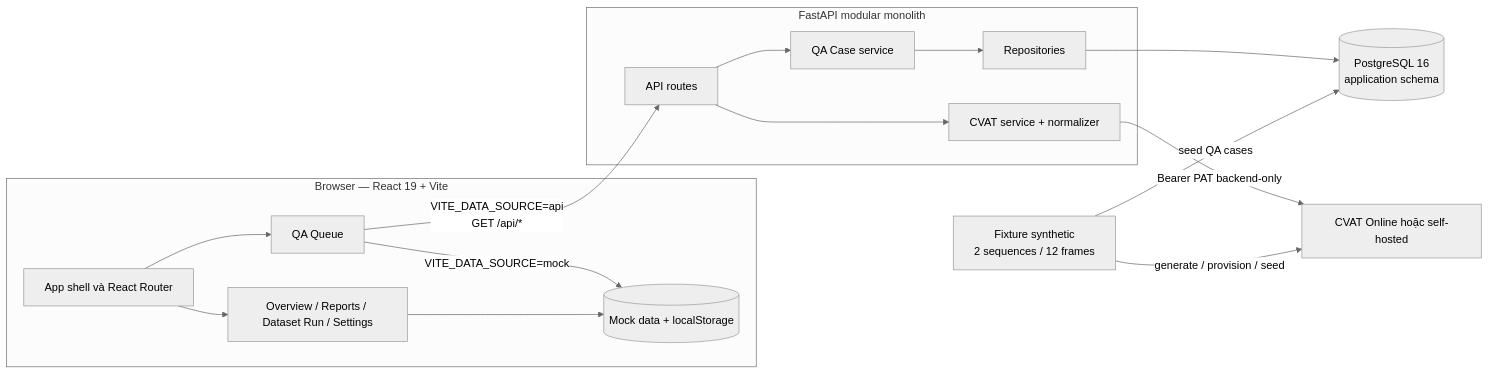
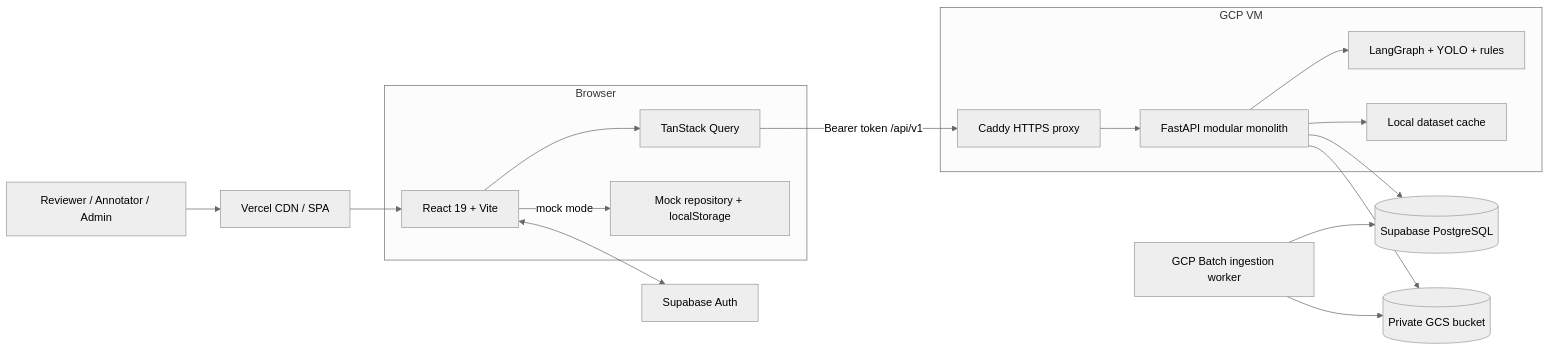
Before and after one commit to DuyKhanh29104/ProjectAI-VinUni: the first of 4 diagrams in ARCHITECTURE.md, drawn with Mermaid (neutral theme). The commit also changed other lines of this file and 282 other files, not shown here.

````diff
--- a/ARCHITECTURE.md
+++ b/ARCHITECTURE.md
@@ -37,33 +35,36 @@
 ```mermaid
 flowchart LR
-    subgraph Browser[Browser — React 19 + Vite]
-        SHELL[App shell và React Router]
-        QUEUE[QA Queue]
-        VIEWS[Overview / Reports / Dataset Run / Settings]
-        MOCK[(Mock data + localStorage)]
+    USER[Reviewer / Annotator / Admin]
+
+    subgraph Browser[Browser]
+        WEB[React 19 + Vite]
+        QUERY[TanStack Query]
+        MOCK[Mock repository + localStorage]
     end
 
-    subgraph Backend[FastAPI modular monolith]
-        API[API routes]
-        QAS[QA Case service]
-        CVS[CVAT service + normalizer]
-        REPO[Repositories]
+    AUTH[Supabase Auth]
+    VERCEL[Vercel CDN / SPA]
+
+    subgraph VM[GCP VM]
+        CADDY[Caddy HTTPS proxy]
+        API[FastAPI modular monolith]
+        AGENT[LangGraph + YOLO + rules]
+        CACHE[Local dataset cache]
     end
 
-    DB[(PostgreSQL 16\napplication schema)]
-    CVAT[CVAT Online hoặc self-hosted]
-    FIXTURE[Fixture synthetic\n2 sequences / 12 frames]
+    DB[(Supabase PostgreSQL)]
+    GCS[(Private GCS bucket)]
+    BATCH[GCP Batch ingestion worker]
 
-    SHELL --> QUEUE
-    SHELL --> VIEWS
-    QUEUE -->|VITE_DATA_SOURCE=mock| MOCK
-    VIEWS --> MOCK
-    QUEUE -->|VITE_DATA_SOURCE=api\nGET /api/*| API
-    API --> QAS
-    API --> CVS
-    QAS --> REPO
-    REPO --> DB
-    CVS -->|Bearer PAT backend-only| CVAT
-    FIXTURE -->|generate / provision / seed| CVAT
-    FIXTURE -->|seed QA cases| DB
+    USER --> VERCEL --> WEB
+    WEB <--> AUTH
+    WEB --> QUERY
+    QUERY -->|Bearer token /api/v1| CADDY --> API
+    WEB -->|mock mode| MOCK
+    API --> DB
+    API --> GCS
+    API --> CACHE
+    API --> AGENT
+    BATCH --> GCS
+    BATCH --> DB
 ```
````
